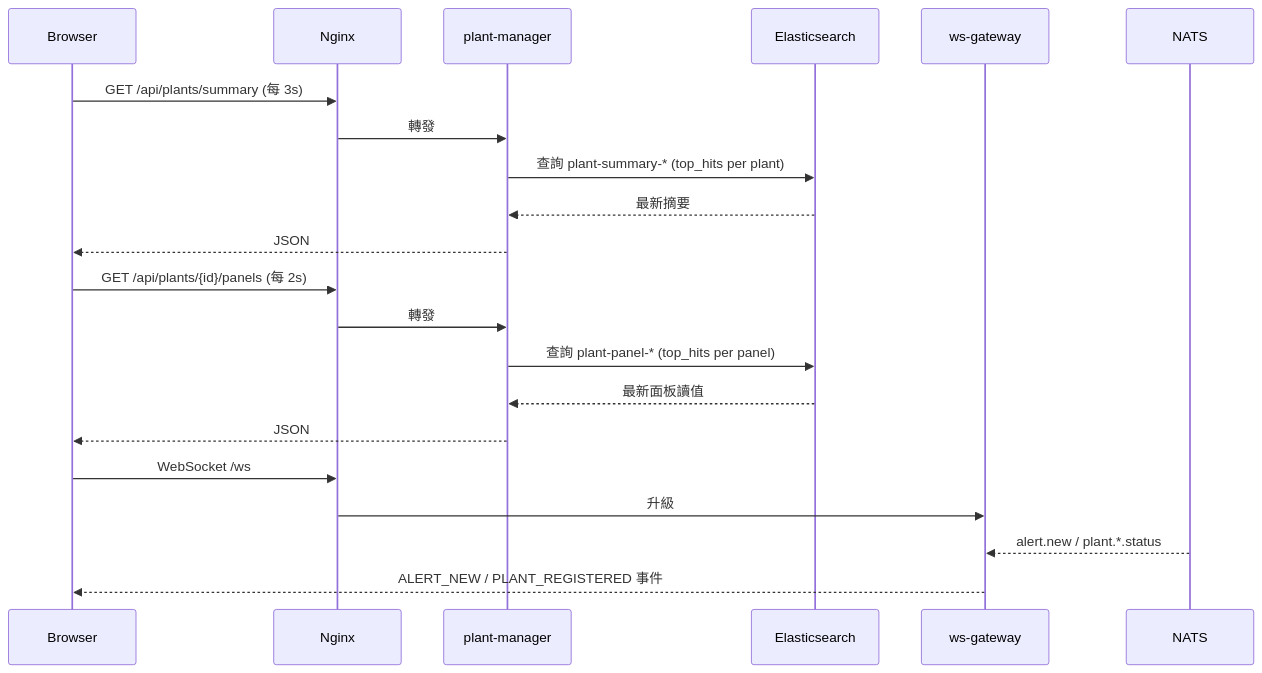
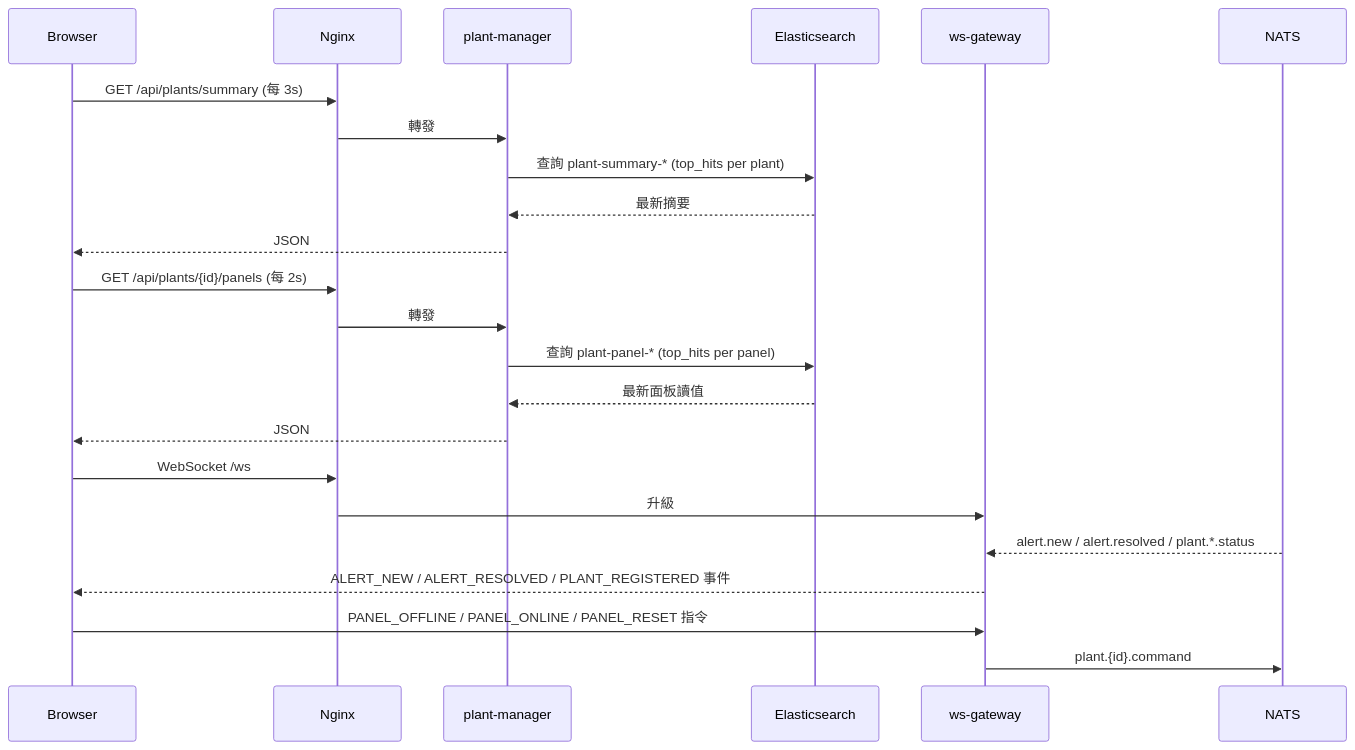
Before and after one commit to zclintw/solarops: the fourth of 8 diagrams in docs/architecture.md, drawn with Mermaid. The commit also changed other lines of this file and 3 other files, not shown here.

````diff
--- a/docs/architecture.md
+++ b/docs/architecture.md
@@ -142,26 +142,28 @@
 ```mermaid
 sequenceDiagram
     participant Browser
     participant Nginx
     participant PM as plant-manager
     participant ES as Elasticsearch
     participant WS as ws-gateway
     participant NATS
 
     Browser->>Nginx: GET /api/plants/summary (每 3s)
     Nginx->>PM: 轉發
     PM->>ES: 查詢 plant-summary-* (top_hits per plant)
     ES-->>PM: 最新摘要
     PM-->>Browser: JSON
 
     Browser->>Nginx: GET /api/plants/{id}/panels (每 2s)
     Nginx->>PM: 轉發
     PM->>ES: 查詢 plant-panel-* (top_hits per panel)
     ES-->>PM: 最新面板讀值
     PM-->>Browser: JSON
 
     Browser->>Nginx: WebSocket /ws
     Nginx->>WS: 升級
-    NATS-->>WS: alert.new / plant.*.status
-    WS-->>Browser: ALERT_NEW / PLANT_REGISTERED 事件
+    NATS-->>WS: alert.new / alert.resolved / plant.*.status
+    WS-->>Browser: ALERT_NEW / ALERT_RESOLVED / PLANT_REGISTERED 事件
+    Browser->>WS: PANEL_OFFLINE / PANEL_ONLINE / PANEL_RESET 指令
+    WS->>NATS: plant.{id}.command
 ```
````
